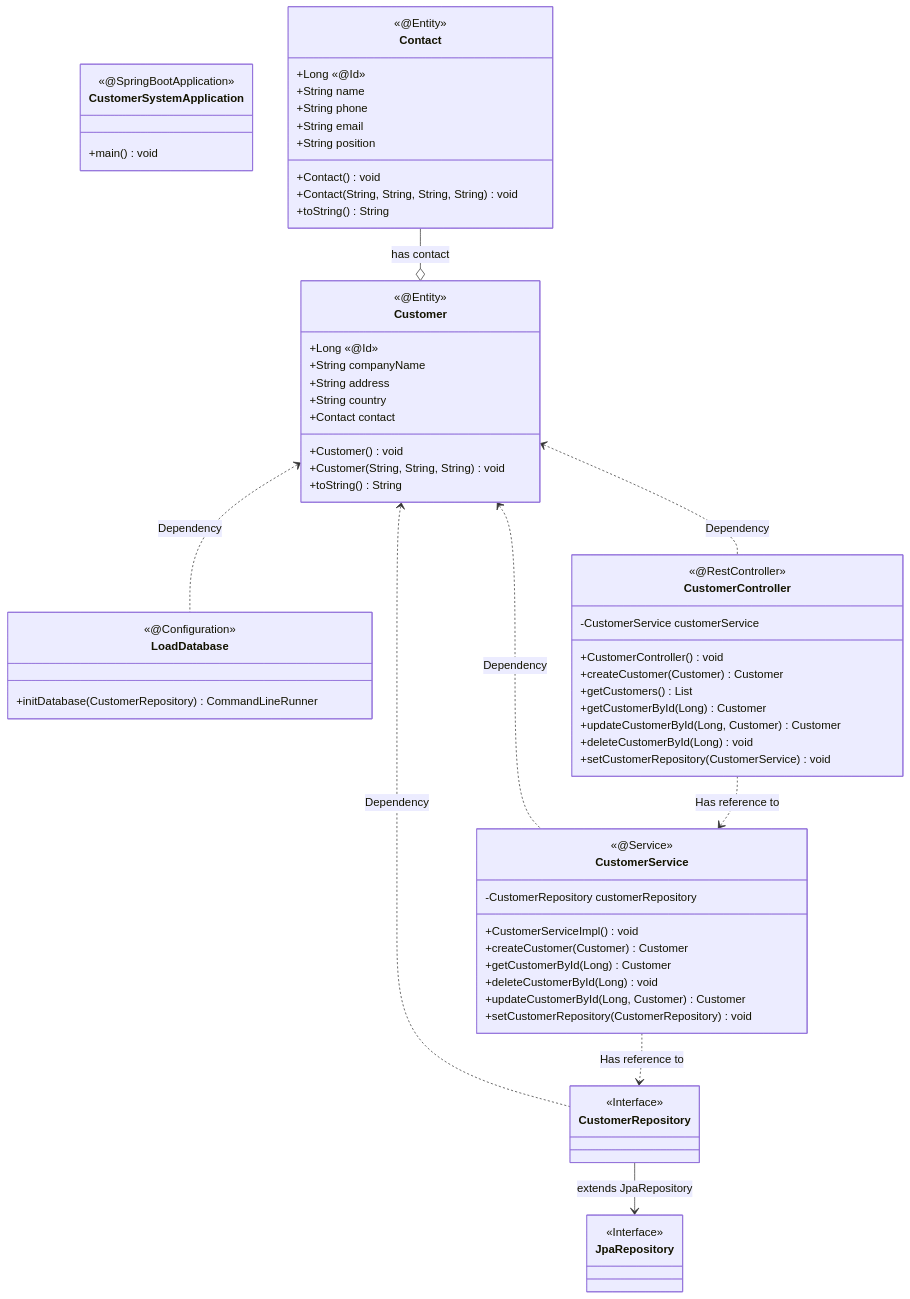
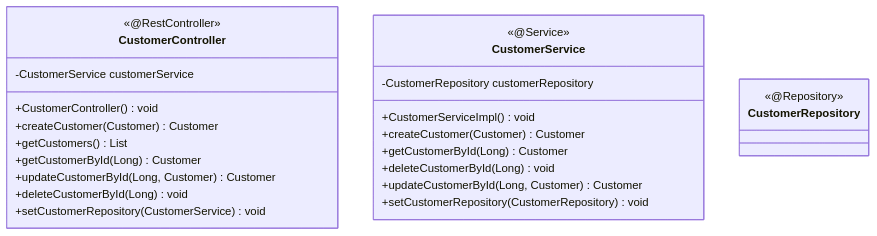
One commit to pauls0/uow-csci318-groupproject changed the fifth of 9 diagrams in README.md. Above: the diagram before and after it, drawn with Mermaid. The commit also changed other lines of this file, not shown here.

Commit message:
docs: java classes diagram

````diff
--- a/README.md
+++ b/README.md
@@ -668,68 +689,27 @@
 ```mermaid
 classDiagram
-    class CustomerSystemApplication{
-        <<@SpringBootApplication>>
-        +main() void
-    }
-    class LoadDatabase{
-        <<@Configuration>>
-        +initDatabase(CustomerRepository) CommandLineRunner
-    }
-    class Customer{
-        <<@Entity>>
-        +Long «@Id»
-        +String companyName
-        +String address
-        +String country
-        +Contact contact
-        +Customer() void
-        +Customer(String, String, String) void
-        +toString() String
-    }
-    class Contact{
-        <<@Entity>>
-        +Long «@Id»
-        +String name
-        +String phone
-        +String email
-        +String position
-        +Contact() void
-        +Contact(String, String, String, String) void
-        +toString() String
-    }
-    class CustomerController{
-        <<@RestController>>
-        -CustomerService customerService
-        +CustomerController() void
-        +createCustomer(Customer) Customer
-        +getCustomers() List<Customer>
-        +getCustomerById(Long) Customer
-        +updateCustomerById(Long, Customer) Customer
-        +deleteCustomerById(Long) void
-        +setCustomerRepository(CustomerService) void
-    }
-    class CustomerService{
-        <<@Service>>
-        -CustomerRepository customerRepository
-        +CustomerServiceImpl( ) void
-        +createCustomer( Customer ) Customer
-        +getCustomerById( Long ) Customer
-        +deleteCustomerById( Long ) void
-        +updateCustomerById( Long, Customer ) Customer
-        +setCustomerRepository( CustomerRepository ) void
-    }
-    class CustomerRepository{
-        <<Interface>>
-    }
-    class JpaRepository{
-        <<Interface>>
-    }
-    CustomerRepository --> JpaRepository : extends JpaRepository<Customer, Long>
-    Customer <.. LoadDatabase  : Dependency
-    Customer <.. CustomerRepository : Dependency
-    Customer <.. CustomerService : Dependency
-    Customer <.. CustomerController  : Dependency
-    CustomerController ..> CustomerService : Has reference to
-    CustomerService ..> CustomerRepository : Has reference to
-    Contact --o Customer : has contact
+  class CustomerController{
+    <<@RestController>>
+    -CustomerService customerService
+    +CustomerController() void
+    +createCustomer(Customer) Customer
+    +getCustomers() List<Customer>
+    +getCustomerById(Long) Customer
+    +updateCustomerById(Long, Customer) Customer
+    +deleteCustomerById(Long) void
+    +setCustomerRepository(CustomerService) void
+  }
+  class CustomerService{
+    <<@Service>>
+    -CustomerRepository customerRepository
+    +CustomerServiceImpl( ) void
+    +createCustomer( Customer ) Customer
+    +getCustomerById( Long ) Customer
+    +deleteCustomerById( Long ) void
+    +updateCustomerById( Long, Customer ) Customer
+    +setCustomerRepository( CustomerRepository ) void
+  }
+  class CustomerRepository{
+    <<@Repository>>
+  }
 ```
````
